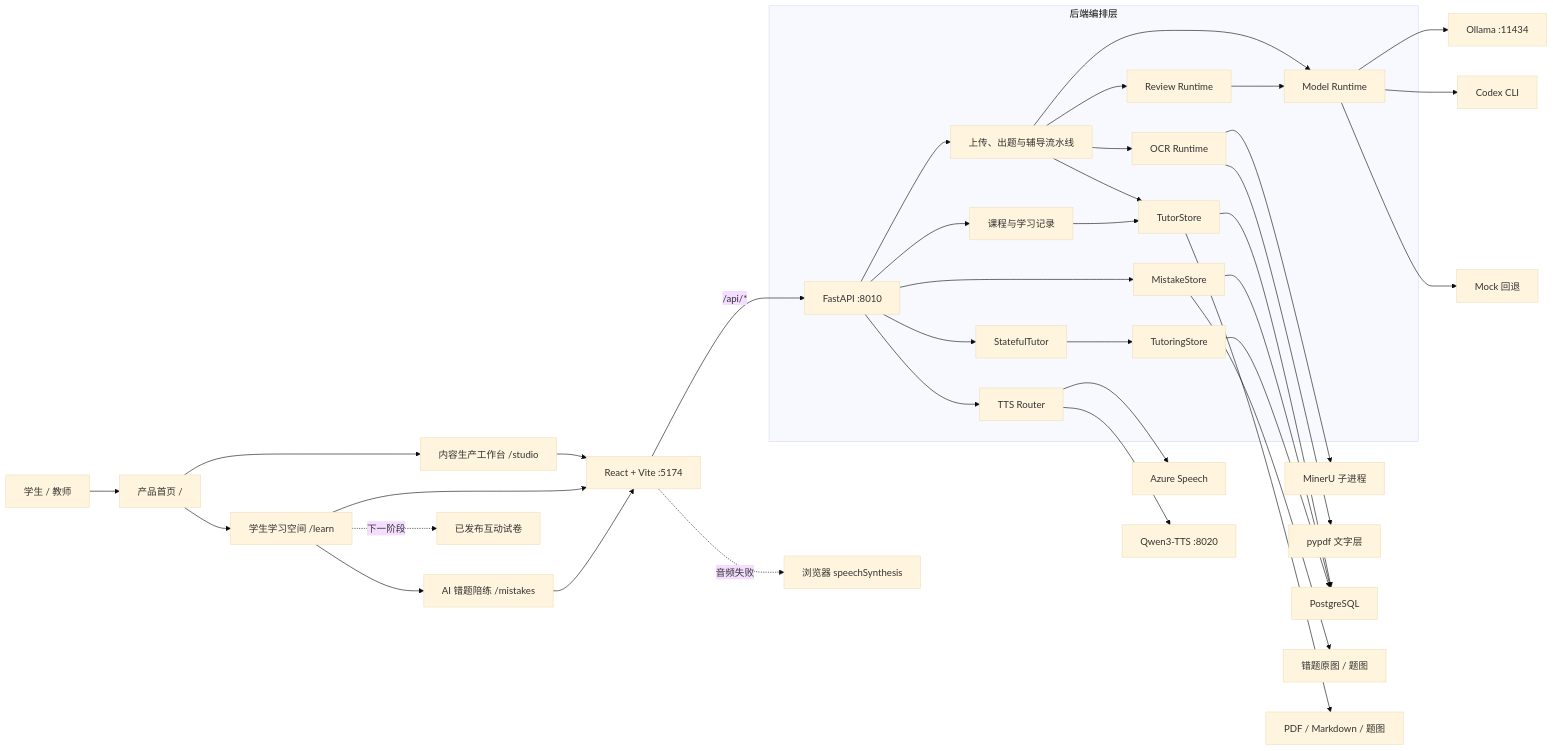
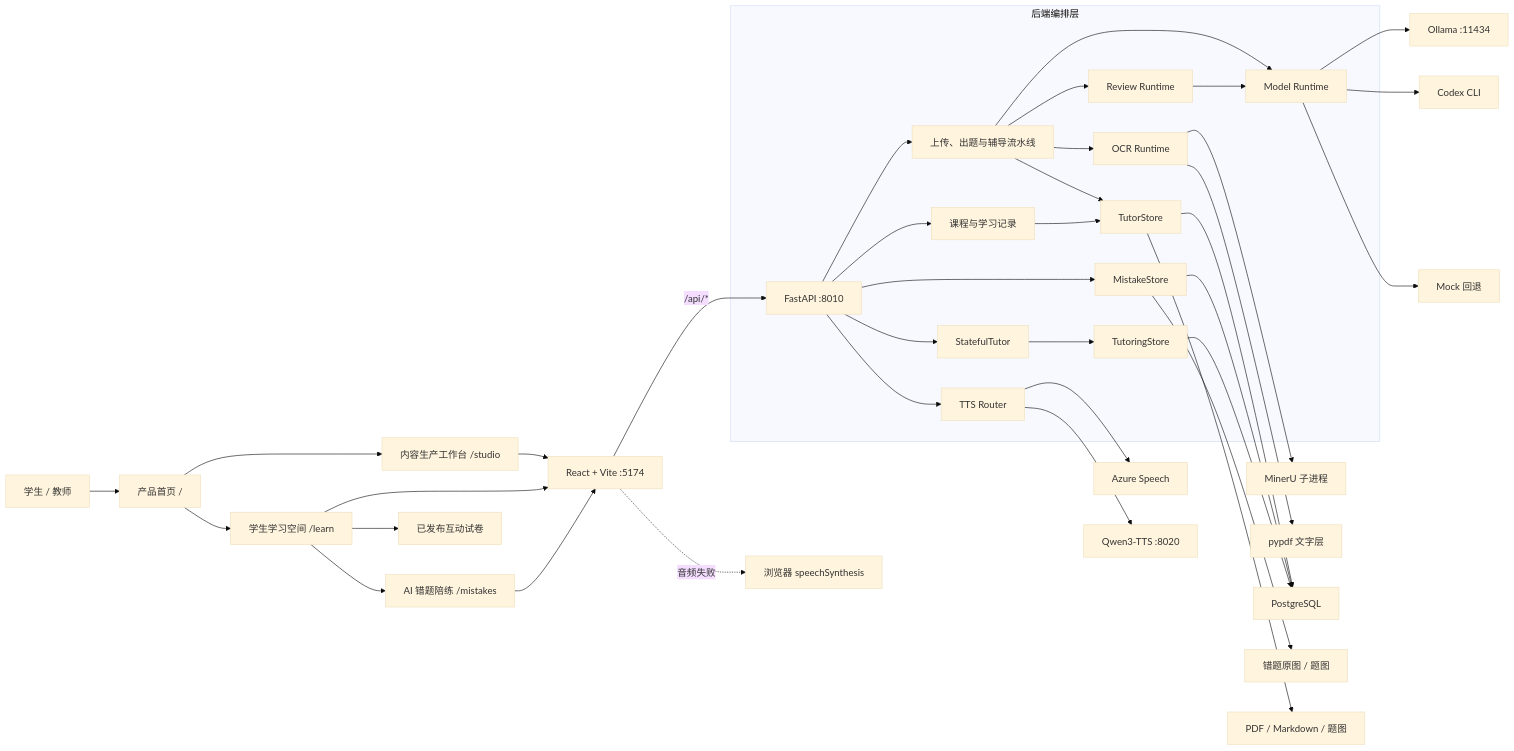
Before and after one commit to ningkaikok/dotty-tutor: the first of 4 diagrams in docs/architecture.md, drawn with Mermaid (base theme). The commit also changed other lines of this file and 34 other files, not shown here.

````diff
--- a/docs/architecture.md
+++ b/docs/architecture.md
@@ -12,41 +12,41 @@
 ```mermaid
 flowchart LR
   User["学生 / 教师"] --> Home["产品首页 /"]
   Home --> Student["学生学习空间 /learn"]
   Home --> Studio["内容生产工作台 /studio"]
   Student --> Mistakes["AI 错题陪练 /mistakes"]
-  Student -. "下一阶段" .-> Papers["已发布互动试卷"]
+  Student --> Papers["已发布互动试卷"]
   Studio --> Web["React + Vite :5174"]
   Student --> Web
   Mistakes --> Web
   Web -->|"/api/*"| API["FastAPI :8010"]
 
   subgraph Backend["后端编排层"]
     API --> Pipeline["上传、出题与辅导流水线"]
     API --> Learning["课程与学习记录"]
     Pipeline --> OCR["OCR Runtime"]
     Pipeline --> Model["Model Runtime"]
     Pipeline --> Review["Review Runtime"]
     Pipeline --> Store["TutorStore"]
     Learning --> Store
     API --> TTS["TTS Router"]
     API --> MistakeStore["MistakeStore"]
     API --> Tutor["StatefulTutor"]
     Tutor --> ThreadStore["TutoringStore"]
     Review --> Model
   end
 
   OCR --> MinerU["MinerU 子进程"]
   OCR --> PyPDF["pypdf 文字层"]
   Model --> Ollama["Ollama :11434"]
   Model --> Codex["Codex CLI"]
   Model --> Mock["Mock 回退"]
   Store --> PostgreSQL["PostgreSQL"]
   MistakeStore --> PostgreSQL
   ThreadStore --> PostgreSQL
   MistakeStore --> MistakeFiles["错题原图 / 题图"]
   Store --> Files["PDF / Markdown / 题图"]
   TTS --> Azure["Azure Speech"]
   TTS --> Qwen["Qwen3-TTS :8020"]
   Web -. "音频失败" .-> BrowserTTS["浏览器 speechSynthesis"]
 ```
````
